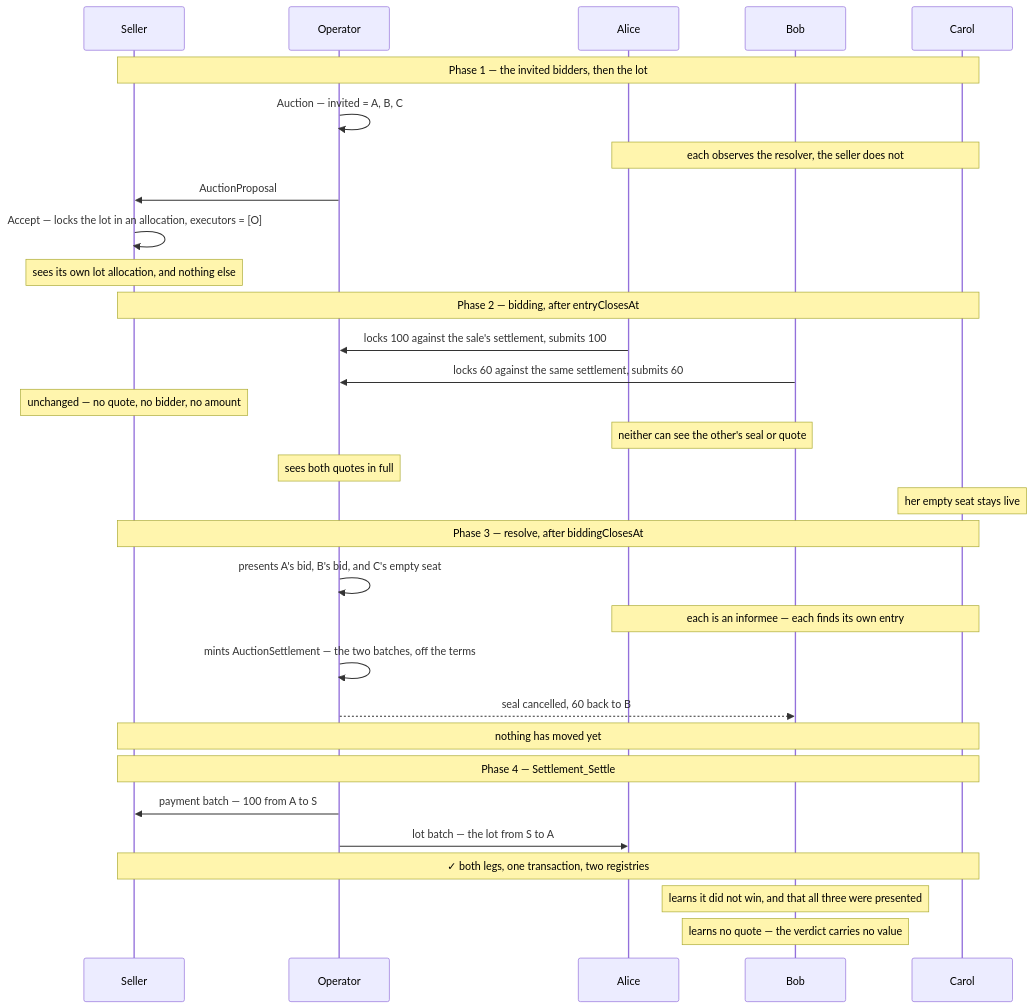
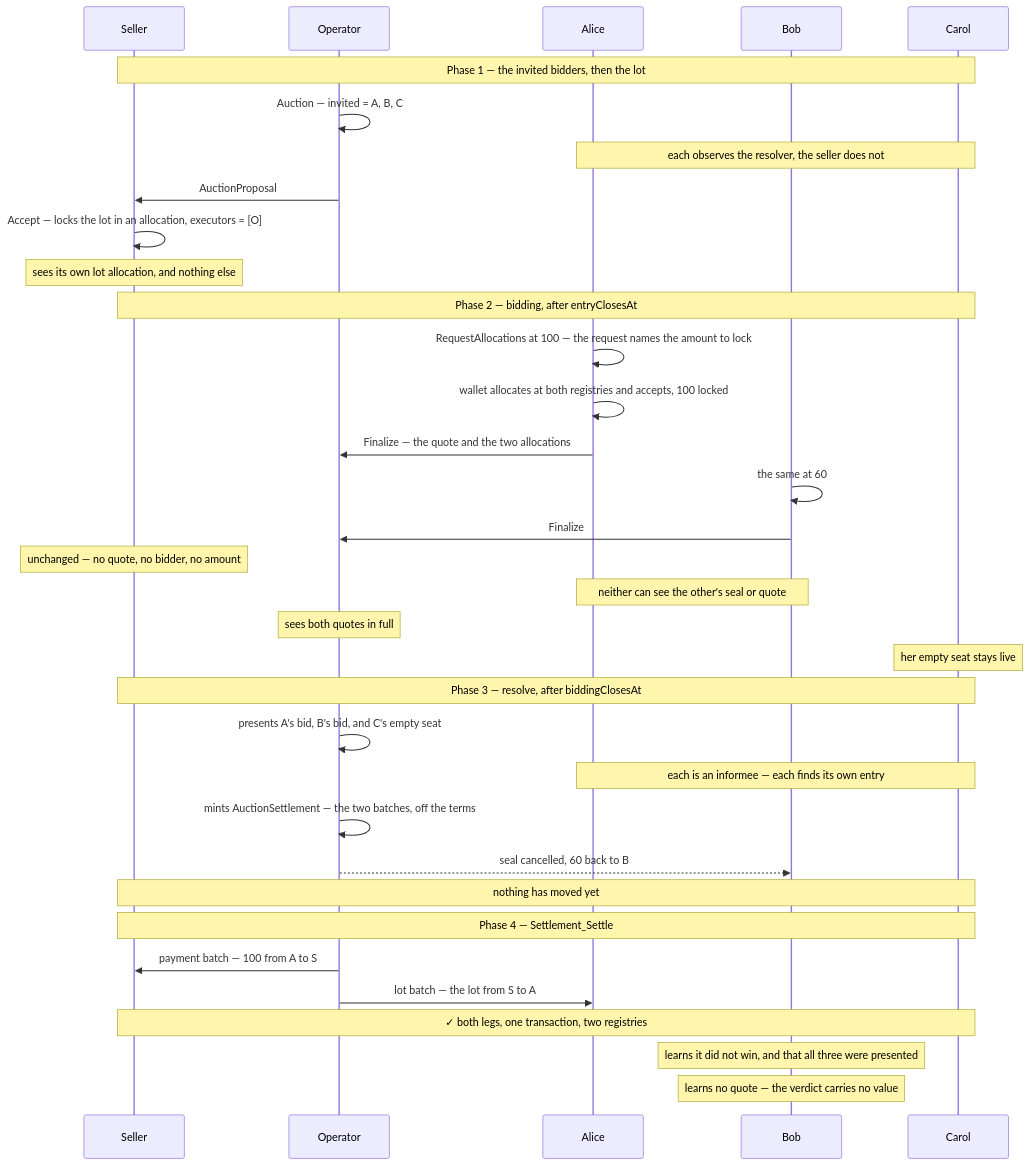
One commit to unlockitio/concordia changed the first of 4 diagrams in examples/auctions/sealed-bid-first-price/DEMOS.md. Above: the diagram before and after it, drawn with Mermaid. The commit also changed other lines of this file and 109 other files, not shown here.

````diff
--- a/examples/auctions/sealed-bid-first-price/DEMOS.md
+++ b/examples/auctions/sealed-bid-first-price/DEMOS.md
@@ -81,37 +102,40 @@
 ```mermaid
 sequenceDiagram
     participant S as Seller
     participant O as Operator
     participant A as Alice
     participant B as Bob
     participant C as Carol
 
     Note over S,C: Phase 1 — the invited bidders, then the lot
     O->>O: Auction — invited = A, B, C
     Note over A,C: each observes the resolver, the seller does not
     O->>S: AuctionProposal
     S->>S: Accept — locks the lot in an allocation, executors = [O]
     Note over S: sees its own lot allocation, and nothing else
 
     Note over S,C: Phase 2 — bidding, after entryClosesAt
-    A->>O: locks 100 against the sale's settlement, submits 100
-    B->>O: locks 60 against the same settlement, submits 60
+    A->>A: RequestAllocations at 100 — the request names the amount to lock
+    A->>A: wallet allocates at both registries and accepts, 100 locked
+    A->>O: Finalize — the quote and the two allocations
+    B->>B: the same at 60
+    B->>O: Finalize
     Note over S: unchanged — no quote, no bidder, no amount
     Note over A,B: neither can see the other's seal or quote
     Note over O: sees both quotes in full 
     Note over C: her empty seat stays live
 
     Note over S,C: Phase 3 — resolve, after biddingClosesAt
     O->>O: presents A's bid, B's bid, and C's empty seat
     Note over A,C: each is an informee — each finds its own entry
     O->>O: mints AuctionSettlement — the two batches, off the terms
     O-->>B: seal cancelled, 60 back to B
     Note over S,C: nothing has moved yet
 
     Note over S,C: Phase 4 — Settlement_Settle
     O->>S: payment batch — 100 from A to S
     O->>A: lot batch — the lot from S to A
     Note over S,C: ✓ both legs, one transaction, two registries
     Note over B: learns it did not win, and that all three were presented
     Note over B: learns no quote — the verdict carries no value
 ```
````
